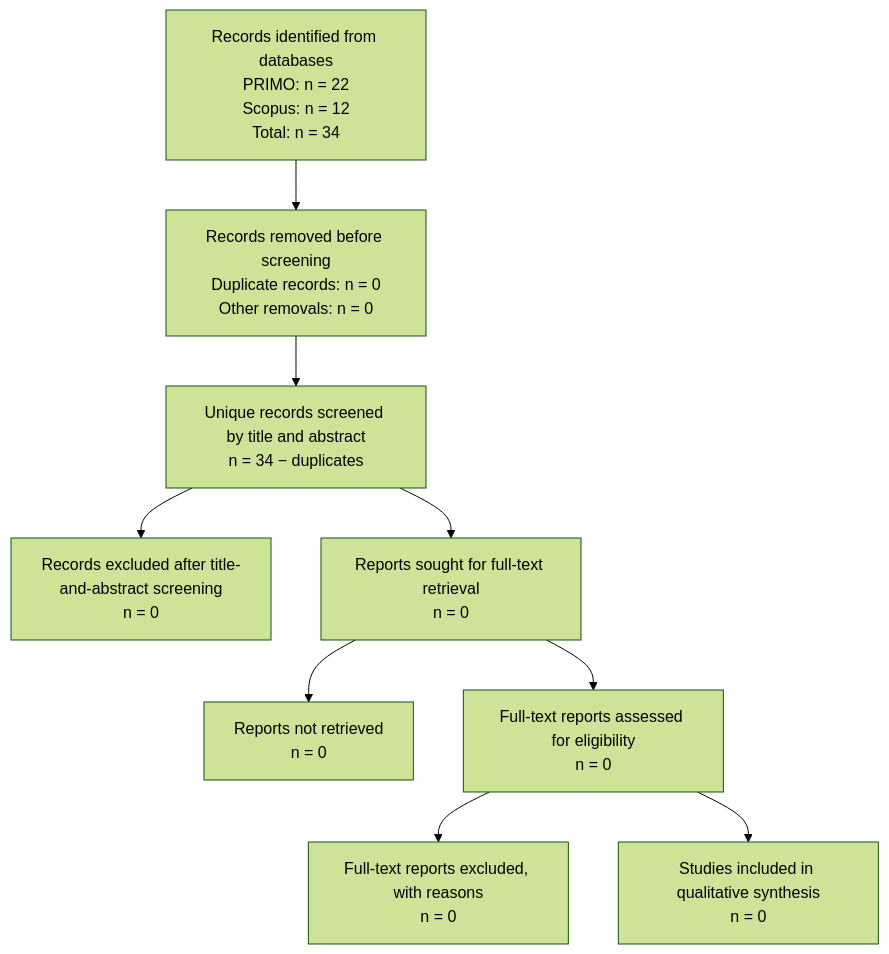
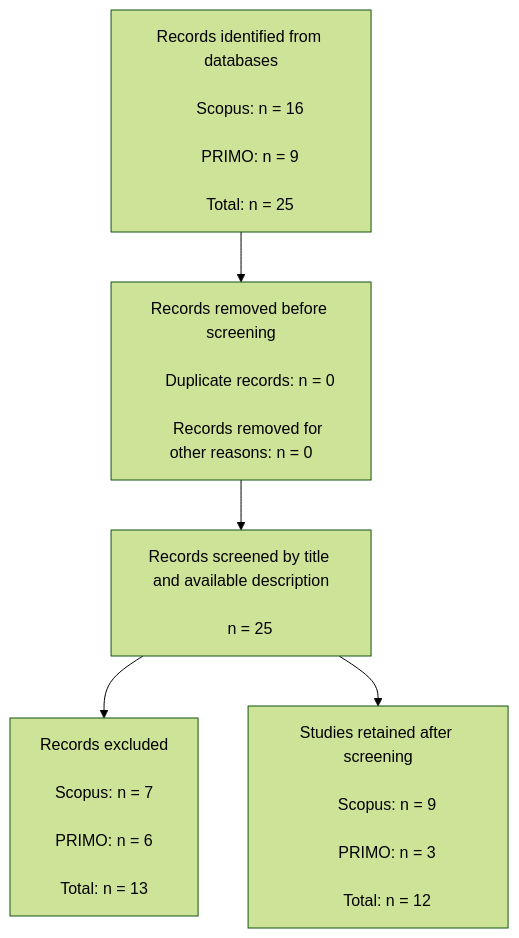
One commit to ayshibashi/unmsm-research-methods-angela-yshibashi changed the diagram in 04_literature/gap_analysis.md. Above: the diagram before and after it, drawn with Mermaid (forest theme). The commit also changed other lines of this file, not shown here.

First line of the commit message:
Revise gap analysis and add PRISMA flow diagram

````diff
--- a/04_literature/gap_analysis.md
+++ b/04_literature/gap_analysis.md
@@ -316,29 +94,29 @@
 ```mermaid
 flowchart TD
-    A["Records identified from databases<br/>PRIMO: n = 22<br/>Scopus: n = 12<br/>Total: n = 34"]
+    A["Records identified from databases<br/>
+    Scopus: n = 16<br/>
+    PRIMO: n = 9<br/>
+    Total: n = 25"]
 
-    B["Records removed before screening<br/>Duplicate records: n = 0<br/>Other removals: n = 0"]
+    B["Records removed before screening<br/>
+    Duplicate records: n = 0<br/>
+    Records removed for other reasons: n = 0"]
 
-    C["Unique records screened by title and abstract<br/>n = 34 − duplicates"]
+    C["Records screened by title and available description<br/>
+    n = 25"]
 
-    D["Records excluded after title-and-abstract screening<br/>n = 0"]
+    D["Records excluded<br/>
+    Scopus: n = 7<br/>
+    PRIMO: n = 6<br/>
+    Total: n = 13"]
 
-    E["Reports sought for full-text retrieval<br/>n = 0"]
-
-    F["Reports not retrieved<br/>n = 0"]
-
-    G["Full-text reports assessed for eligibility<br/>n = 0"]
-
-    H["Full-text reports excluded, with reasons<br/>n = 0"]
-
-    I["Studies included in qualitative synthesis<br/>n = 0"]
+    E["Studies retained after screening<br/>
+    Scopus: n = 9<br/>
+    PRIMO: n = 3<br/>
+    Total: n = 12"]
 
     A --> B
     B --> C
     C --> D
     C --> E
-    E --> F
-    E --> G
-    G --> H
-    G --> I
 ```
````
